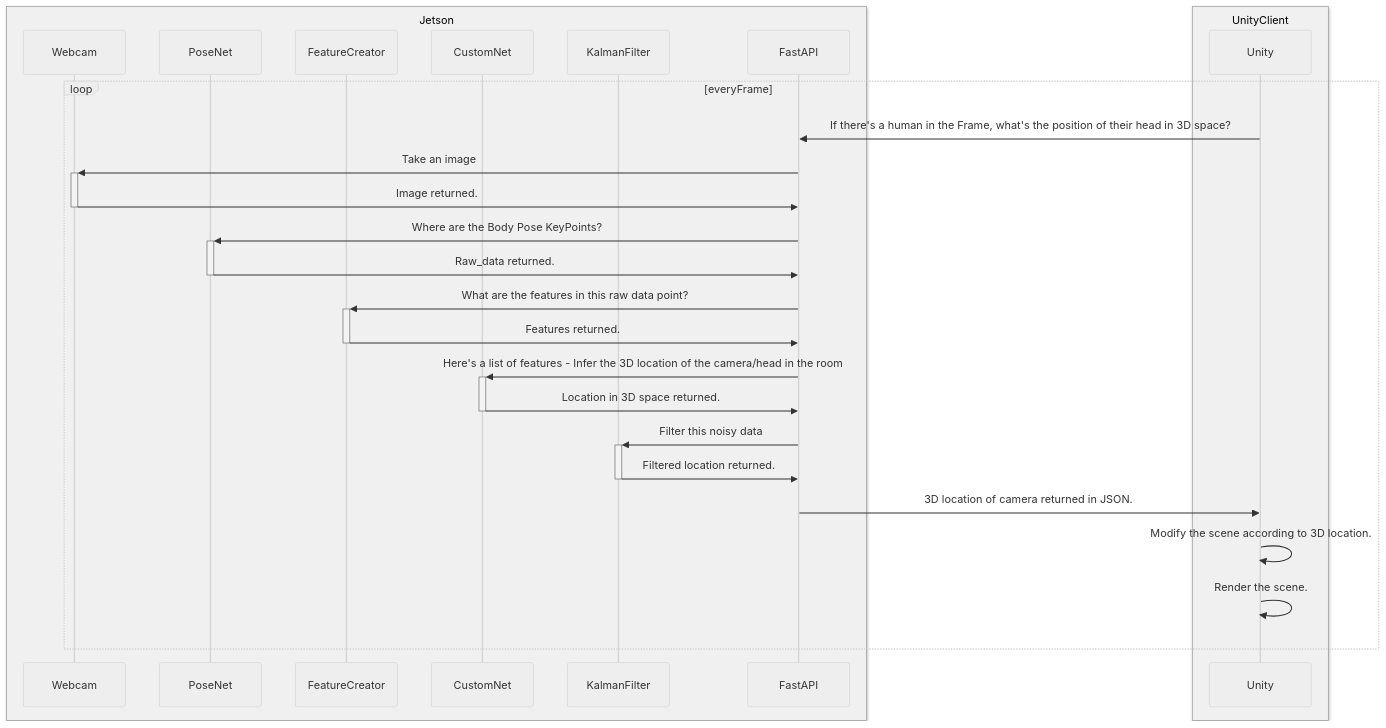
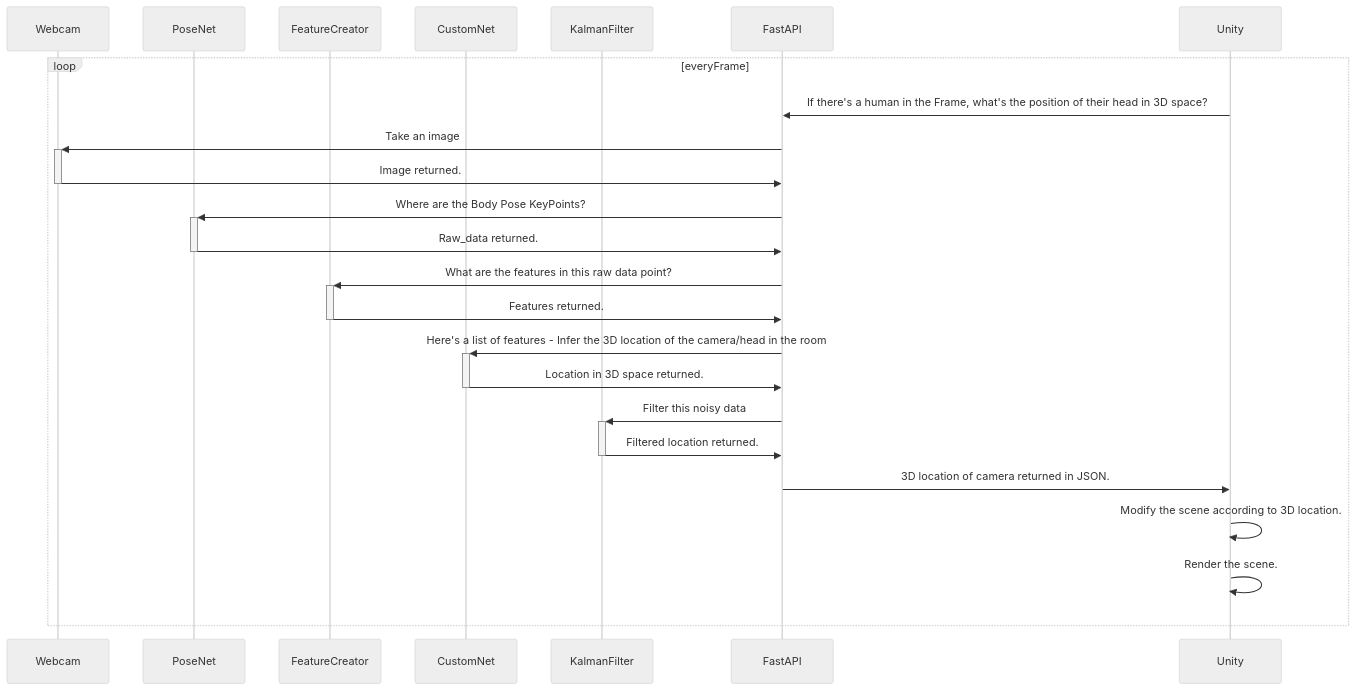
One commit to eyast/eyast.github.io changed the diagram in _projects/3D_Display.md. Above: the diagram before and after it, drawn with Mermaid (neutral theme).

Commit message:
removed all boxes

```diff
--- a/_projects/3D_Display.md
+++ b/_projects/3D_Display.md
@@ -31,31 +31,28 @@
 {% mermaid %}
 sequenceDiagram
-    box rgb(240,240,240) Jetson
+
     participant Webcam
     participant PoseNet
     participant FeatureCreator
     participant CustomNet
     participant KalmanFilter
     participant FastAPI
-    end
-    box  rgb(240,240,240) UnityClient
     participant Unity
-    end
     loop everyFrame
     Unity->>FastAPI:If there's a human in the Frame, what's the position of their head in 3D space?
     FastAPI->>+Webcam: Take an image
     Webcam->>-FastAPI: Image returned.
     FastAPI->>+PoseNet: Where are the Body Pose KeyPoints?
     PoseNet->>-FastAPI: Raw_data returned.
     FastAPI->>+FeatureCreator: What are the features in this raw data point?
     FeatureCreator->>-FastAPI: Features returned.
     FastAPI->>+CustomNet: Here's a list of features - Infer the 3D location of the camera/head in the room
     CustomNet->>-FastAPI: Location in 3D space returned.
     FastAPI->>+KalmanFilter: Filter this noisy data
     KalmanFilter->>-FastAPI: Filtered location returned.
     FastAPI->>Unity: 3D location of camera returned in JSON.
     Unity->>Unity: Modify the scene according to 3D location.
     Unity->>Unity: Render the scene.
     end
 
 {% endmermaid %}
```
